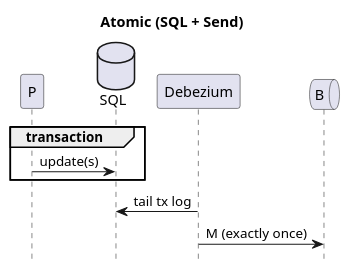
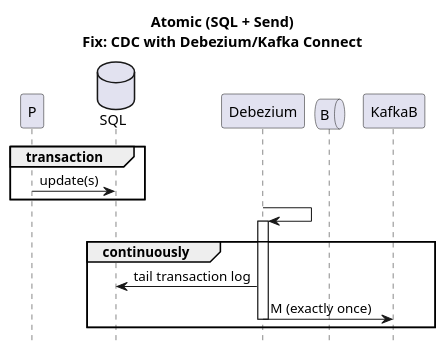
The diagram in patterns/5_dual_sql_m_[fix]kafka_cdc.puml (victorrentea/kafka), drawn with PlantUML before and after one commit. The commit also changed 33 other files, not shown here.

```diff
--- a/patterns/5_dual_sql_m_[fix]kafka_cdc.puml
+++ b/patterns/5_dual_sql_m_[fix]kafka_cdc.puml
@@ -1,16 +1,20 @@
 @startuml
-title Atomic (SQL + Send)
+title Atomic (SQL + Send)\nFix: CDC with Debezium/Kafka Connect
 hide footbox
 participant P
 database SQL
 participant Debezium
 queue B
 
 group transaction
     P->SQL: update(s)
 end
 
-SQL<-Debezium:tail tx log
-Debezium->B:M (exactly once)
+Debezium->Debezium++:
+group continuously
+SQL<-Debezium:tail transaction log
+Debezium->KafkaB:M (exactly once)
+Debezium--
+end
 
 @enduml
```
